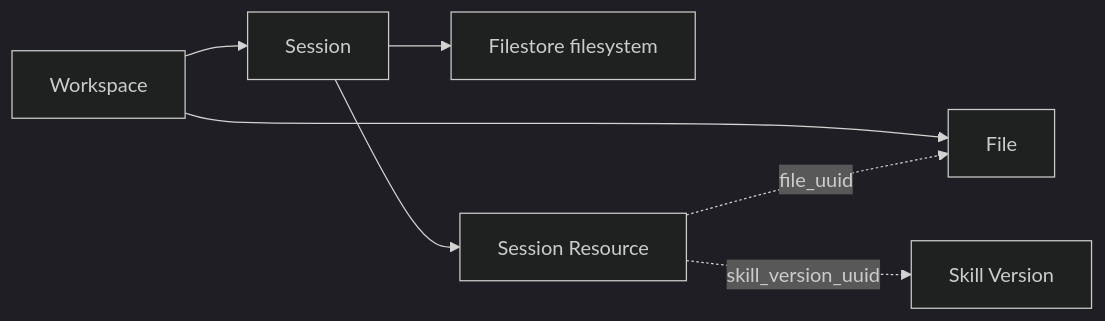
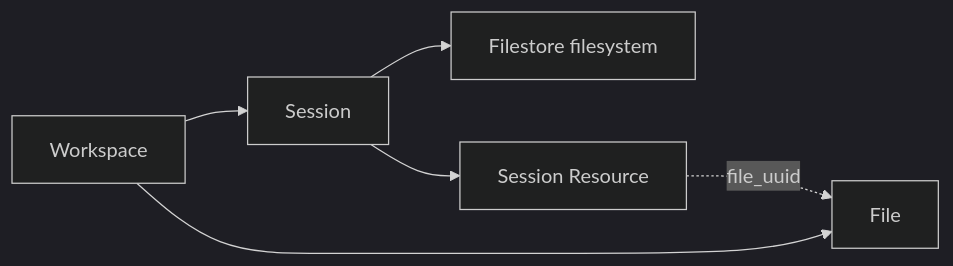
Before and after one commit to superduck-ai/open-managed-agents: the second of 5 diagrams in docs/design/be/session-resource-file-unification.md, drawn with Mermaid (dark theme). The commit also changed other lines of this file and 19 other files, not shown here.

````diff
--- a/docs/design/be/session-resource-file-unification.md
+++ b/docs/design/be/session-resource-file-unification.md
@@ -73,9 +73,8 @@
 ```mermaid
 flowchart LR
     WS["Workspace"] --> SES["Session"]
     SES --> FS["Filestore filesystem"]
     SES --> RES["Session Resource"]
     WS --> FILE["File"]
     RES -. "file_uuid" .-> FILE
-    RES -. "skill_version_uuid" .-> SKILL["Skill Version"]
 ```
````
